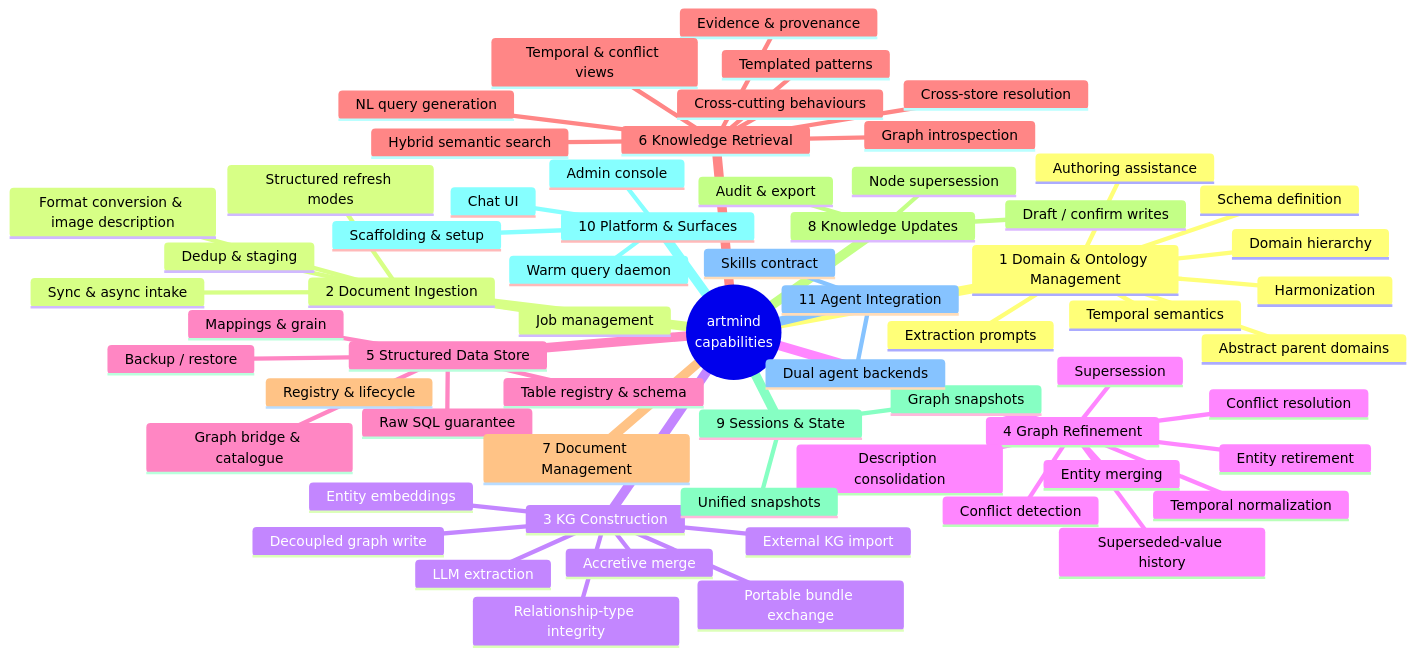
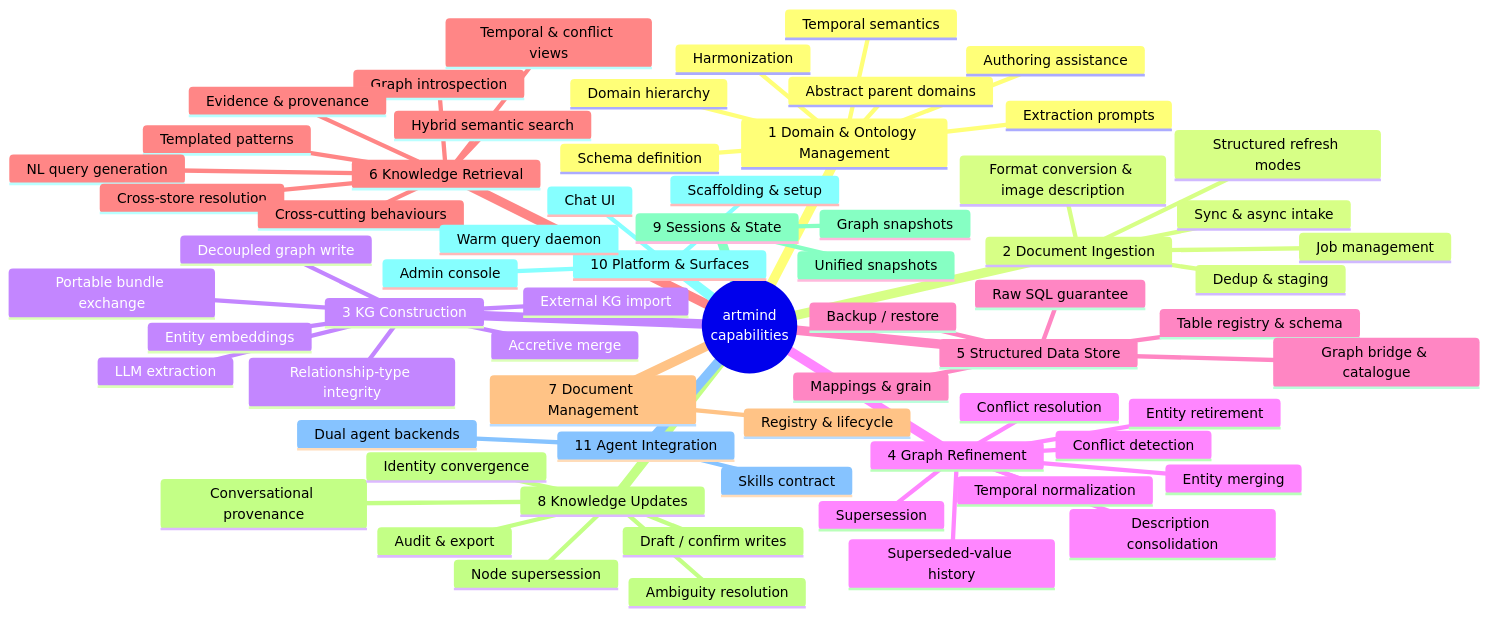
One commit to neurongraph/artmind9 changed the diagram in docs/CAPABILITIES.md. Above: the diagram before and after it, drawn with Mermaid. The commit also changed other lines of this file and 6 other files, not shown here.

````diff
--- a/docs/CAPABILITIES.md
+++ b/docs/CAPABILITIES.md
@@ -28,67 +28,70 @@
 ```mermaid
 mindmap
   root((artmind<br/>capabilities))
     1 Domain & Ontology Management
       Schema definition
       Domain hierarchy
       Extraction prompts
       Harmonization
       Temporal semantics
       Abstract parent domains
       Authoring assistance
     2 Document Ingestion
       Sync & async intake
       Job management
       Dedup & staging
       Structured refresh modes
       Format conversion & image description
     3 KG Construction
       LLM extraction
       Decoupled graph write
       External KG import
       Portable bundle exchange
       Entity embeddings
       Relationship-type integrity
       Accretive merge
     4 Graph Refinement
       Entity merging
       Description consolidation
       Temporal normalization
       Conflict detection
       Supersession
       Entity retirement
       Superseded-value history
       Conflict resolution
     5 Structured Data Store
       Table registry & schema
       Raw SQL guarantee
       Mappings & grain
       Graph bridge & catalogue
       Backup / restore
     6 Knowledge Retrieval
       Graph introspection
       Templated patterns
       Hybrid semantic search
       NL query generation
       Evidence & provenance
       Temporal & conflict views
       Cross-store resolution
       Cross-cutting behaviours
     7 Document Management
       Registry & lifecycle
     8 Knowledge Updates
       Draft / confirm writes
+      Ambiguity resolution
       Node supersession
+      Conversational provenance
+      Identity convergence
       Audit & export
     9 Sessions & State
       Graph snapshots
       Unified snapshots
     10 Platform & Surfaces
       Scaffolding & setup
       Warm query daemon
       Chat UI
       Admin console
     11 Agent Integration
       Skills contract
       Dual agent backends
 ```
````
